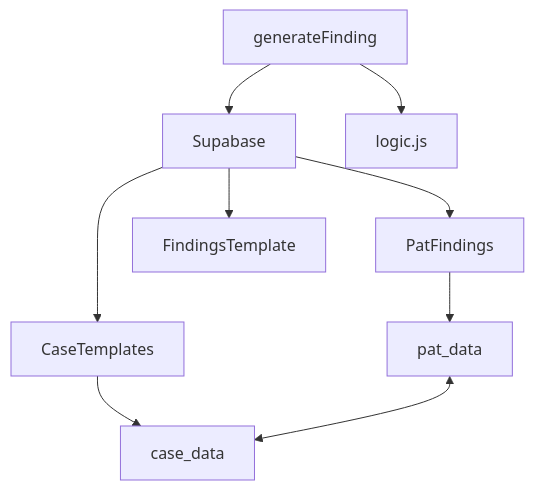
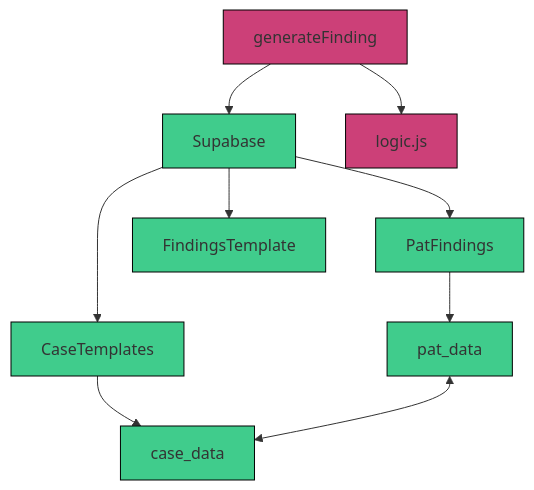
Before and after one commit to jan-cieslik/clinicedge_docs: the fourth of 5 diagrams in docs/Database_Structure/3_4_1_logic_server.md, drawn with Mermaid. The commit also changed other lines of this file and 8 other files, not shown here.

````diff
--- a/docs/Database_Structure/3_4_1_logic_server.md
+++ b/docs/Database_Structure/3_4_1_logic_server.md
@@ -90,8 +105,13 @@
 ```mermaid
 flowchart TD
-    A["generateFinding"] --> B["Supabase"] & C["logic.js"]
-    B --> D["PatFindings"] & E["CaseTemplates"] & F["FindingsTemplate"]
-    D --> G["pat_data"]
-    E --> I["case_data"]
+    A["generateFinding"]:::logic --> B["Supabase"]:::supabase & C["logic.js"]:::logic
+    B --> D["PatFindings"]:::supabase & E["CaseTemplates"]:::supabase & F["FindingsTemplate"]:::supabase
+    D --> G["pat_data"]:::supabase
+    E --> I["case_data"]:::supabase
     G <--> I
+
+classDef supabase fill:#40cc8c,stroke:#000000,stroke-width:1px;
+classDef UI fill:#30acac,stroke:#000000,stroke-width:1px;
+classDef logic fill:#cc4078,stroke:#000000,stroke-width:1px;
+classDef reference fill:#8240cc,stroke:#000000,stroke-width:1px;
 ```
````
